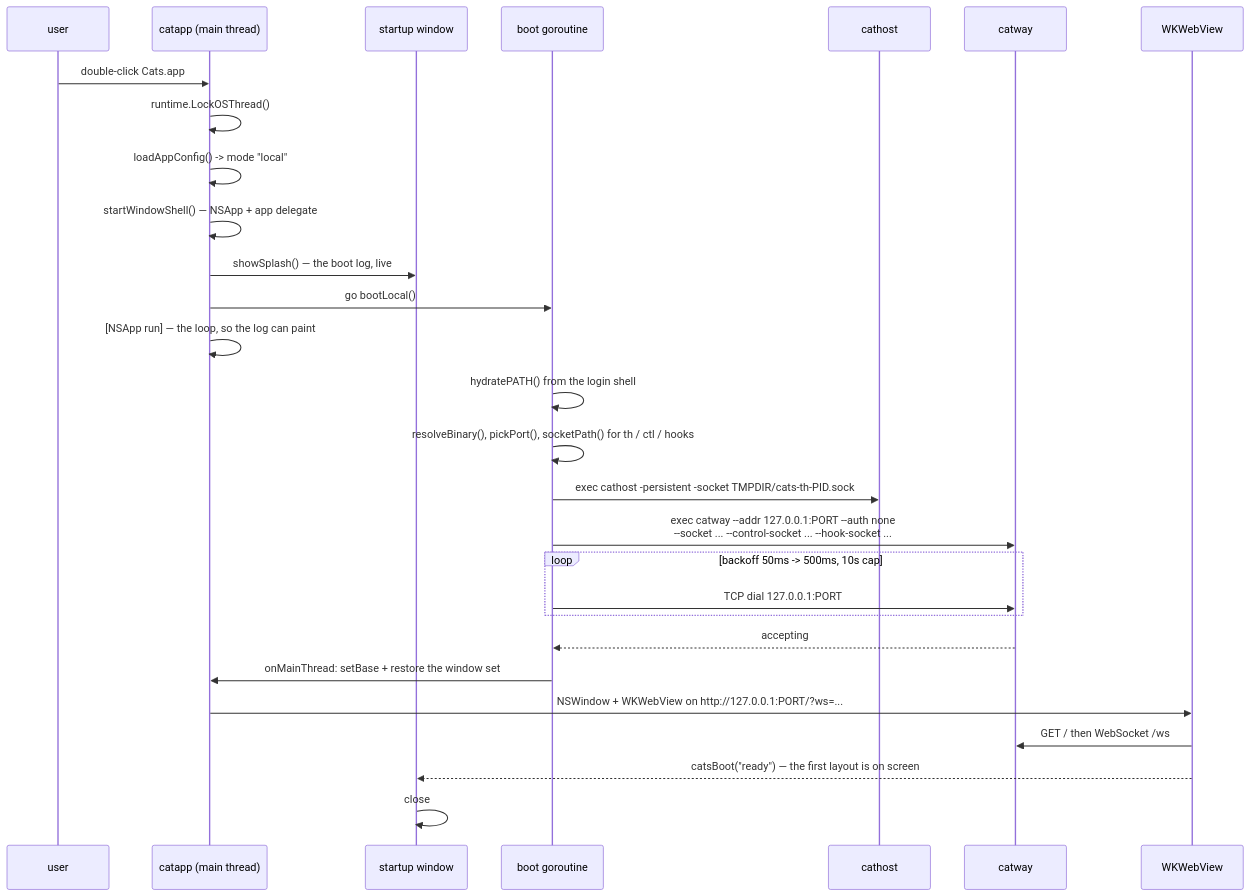
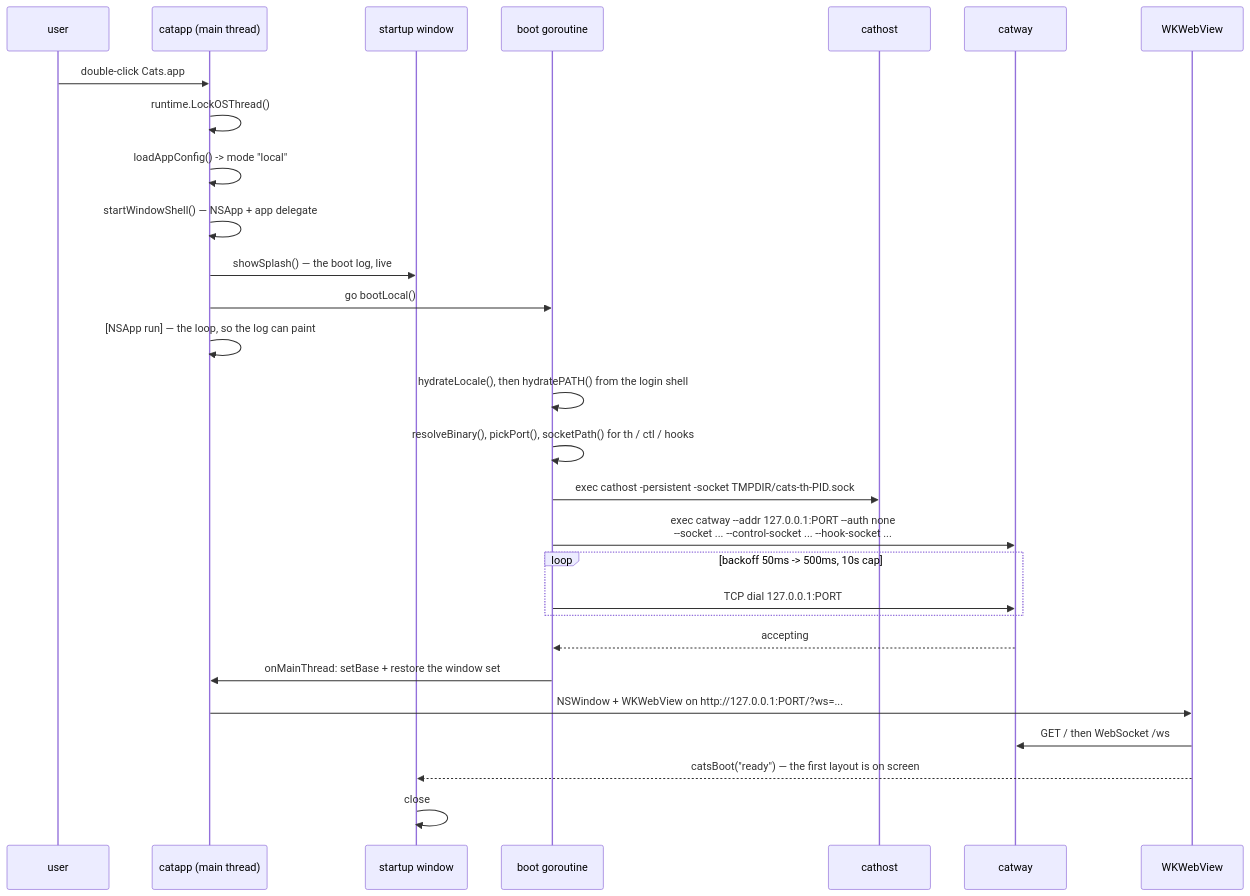
One commit to rohanthewiz/cats changed the second of 3 diagrams in docs/architecture/standalone-mac.md. Above: the diagram before and after it, drawn with Mermaid. The commit also changed other lines of this file and 7 other files, not shown here.

````diff
--- a/docs/architecture/standalone-mac.md
+++ b/docs/architecture/standalone-mac.md
@@ -65,31 +65,31 @@
 ```mermaid
 sequenceDiagram
   participant U as user
   participant APP as catapp (main thread)
   participant SP as startup window
   participant BG as boot goroutine
   participant TH as cathost
   participant GW as catway
   participant WK as WKWebView
 
   U->>APP: double-click Cats.app
   APP->>APP: runtime.LockOSThread()
   APP->>APP: loadAppConfig() -> mode "local"
   APP->>APP: startWindowShell() — NSApp + app delegate
   APP->>SP: showSplash() — the boot log, live
   APP->>BG: go bootLocal()
   APP->>APP: [NSApp run] — the loop, so the log can paint
-  BG->>BG: hydratePATH() from the login shell
+  BG->>BG: hydrateLocale(), then hydratePATH() from the login shell
   BG->>BG: resolveBinary(), pickPort(), socketPath() for th / ctl / hooks
   BG->>TH: exec cathost -persistent -socket TMPDIR/cats-th-PID.sock
   BG->>GW: exec catway --addr 127.0.0.1:PORT --auth none<br/>--socket ... --control-socket ... --hook-socket ...
   loop backoff 50ms -> 500ms, 10s cap
     BG->>GW: TCP dial 127.0.0.1:PORT
   end
   GW-->>BG: accepting
   BG->>APP: onMainThread: setBase + restore the window set
   APP->>WK: NSWindow + WKWebView on http://127.0.0.1:PORT/?ws=...
   WK->>GW: GET / then WebSocket /ws
   WK-->>SP: catsBoot("ready") — the first layout is on screen
   SP->>SP: close
 ```
````
